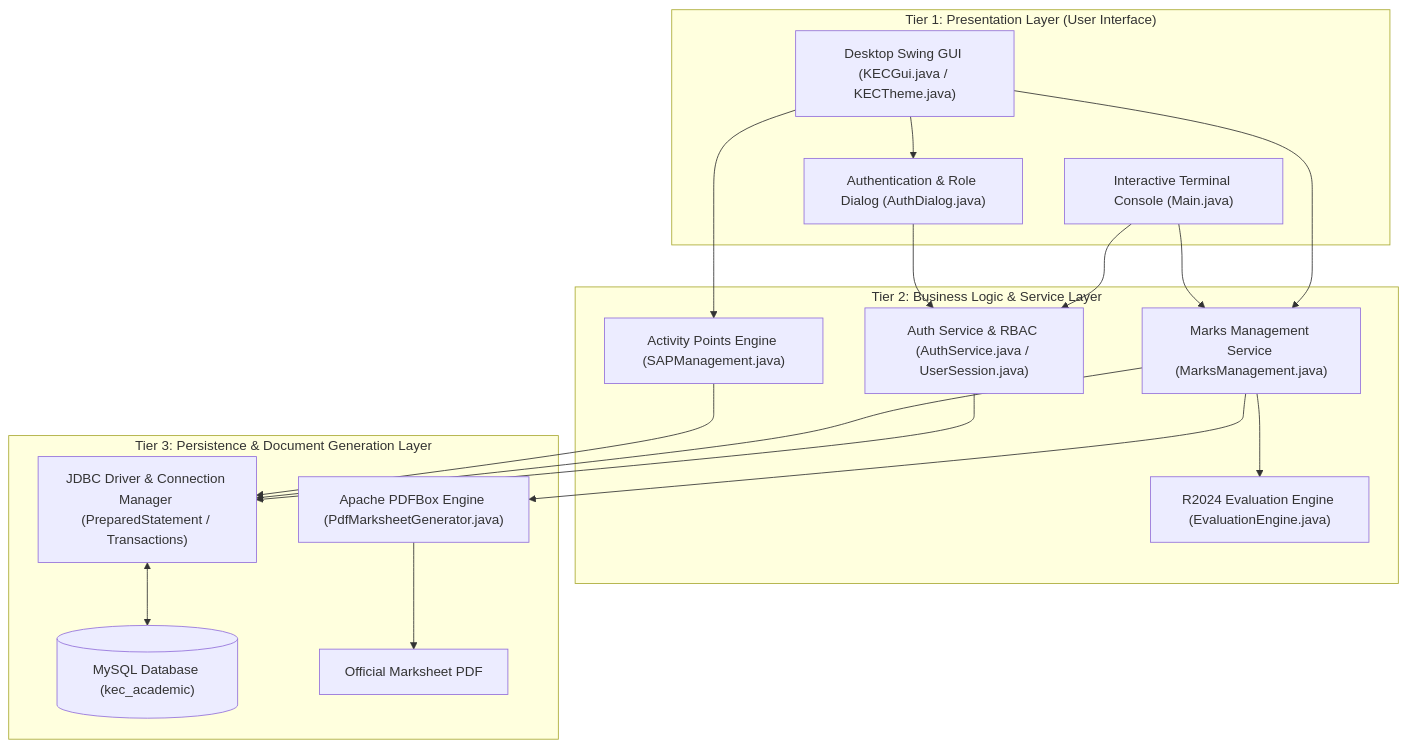
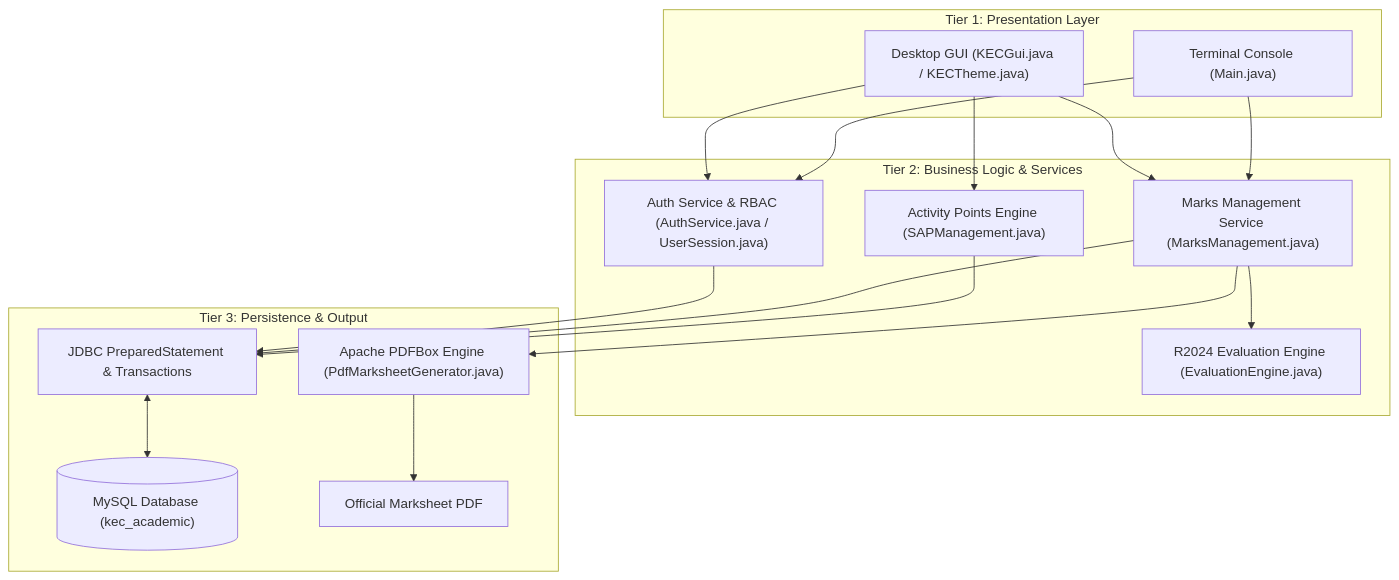
One commit to VikneshwaranNv/Java_JDBC_project changed the diagram in README.md. Above: the diagram before and after it, drawn with Mermaid. The commit also changed other lines of this file, not shown here.

Commit message:
Streamline README: place quick-access document/video links under candidate details and condense technical sections

````diff
--- a/README.md
+++ b/README.md
@@ -94,40 +82,36 @@
 ```mermaid
 flowchart TD
-    subgraph Tier1["Tier 1: Presentation Layer (User Interface)"]
-        GUI["Desktop Swing GUI (KECGui.java / KECTheme.java)"]
-        CLI["Interactive Terminal Console (Main.java)"]
-        AUTH_DLG["Authentication & Role Dialog (AuthDialog.java)"]
+    subgraph Presentation["Tier 1: Presentation Layer"]
+        GUI["Desktop GUI (KECGui.java / KECTheme.java)"]
+        CLI["Terminal Console (Main.java)"]
     end
 
-    subgraph Tier2["Tier 2: Business Logic & Service Layer"]
-        AUTH_SVC["Auth Service & RBAC (AuthService.java / UserSession.java)"]
-        EVAL_ENG["R2024 Evaluation Engine (EvaluationEngine.java)"]
-        MARKS_SVC["Marks Management Service (MarksManagement.java)"]
-        SAP_SVC["Activity Points Engine (SAPManagement.java)"]
+    subgraph Business["Tier 2: Business Logic & Services"]
+        AUTH["Auth Service & RBAC (AuthService.java / UserSession.java)"]
+        EVAL["R2024 Evaluation Engine (EvaluationEngine.java)"]
+        MARKS["Marks Management Service (MarksManagement.java)"]
+        SAP["Activity Points Engine (SAPManagement.java)"]
     end
 
-    subgraph Tier3["Tier 3: Persistence & Document Generation Layer"]
-        JDBC_LAYER["JDBC Driver & Connection Manager (PreparedStatement / Transactions)"]
-        PDF_ENGINE["Apache PDFBox Engine (PdfMarksheetGenerator.java)"]
-        MYSQL_DB[("MySQL Database (kec_academic)")]
-        PDF_OUT["Official Marksheet PDF"]
+    subgraph DataTier["Tier 3: Persistence & Output"]
+        JDBC["JDBC PreparedStatement & Transactions"]
+        PDF["Apache PDFBox Engine (PdfMarksheetGenerator.java)"]
+        DB[("MySQL Database (kec_academic)")]
+        PDF_DOC["Official Marksheet PDF"]
     end
 
-    GUI --> AUTH_DLG
-    CLI --> AUTH_SVC
-    AUTH_DLG --> AUTH_SVC
-    AUTH_SVC --> JDBC_LAYER
+    GUI --> AUTH
+    CLI --> AUTH
+    GUI --> MARKS
+    CLI --> MARKS
+    GUI --> SAP
 
-    GUI --> MARKS_SVC
-    CLI --> MARKS_SVC
-    GUI --> SAP_SVC
+    MARKS --> EVAL
+    AUTH --> JDBC
+    MARKS --> JDBC
+    SAP --> JDBC
 
-    MARKS_SVC --> EVAL_ENG
-    MARKS_SVC --> JDBC_LAYER
-    SAP_SVC --> JDBC_LAYER
-
-    MARKS_SVC --> PDF_ENGINE
-    PDF_ENGINE --> PDF_OUT
-
-    JDBC_LAYER <--> MYSQL_DB
+    MARKS --> PDF
+    PDF --> PDF_DOC
+    JDBC <--> DB
 ```
````
